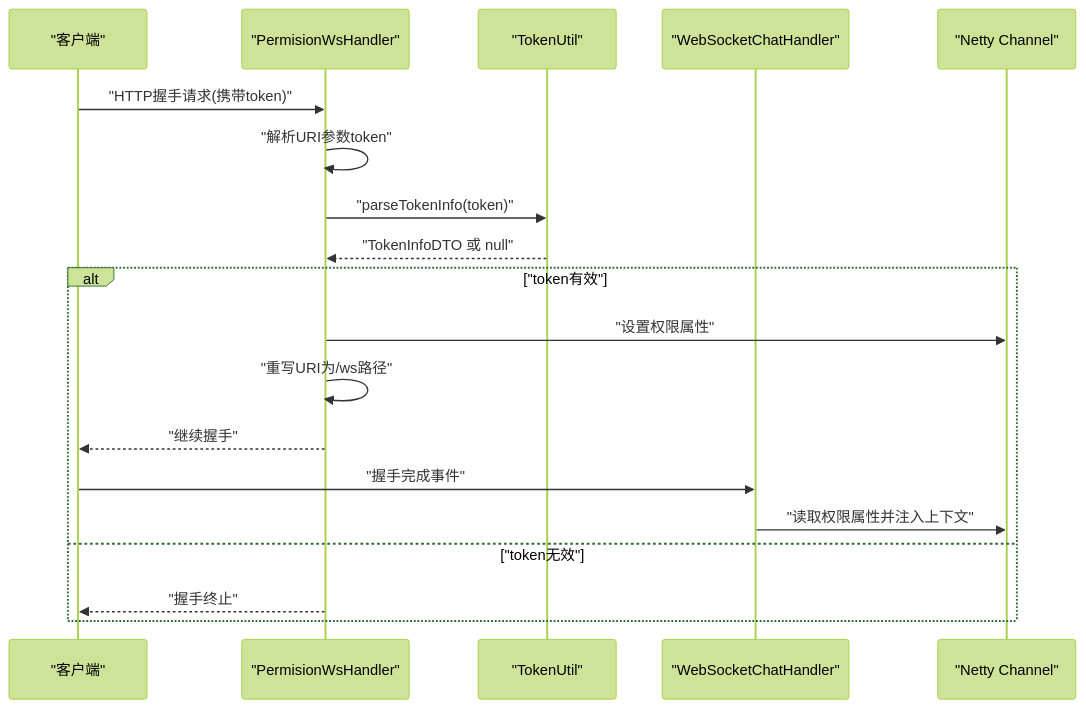
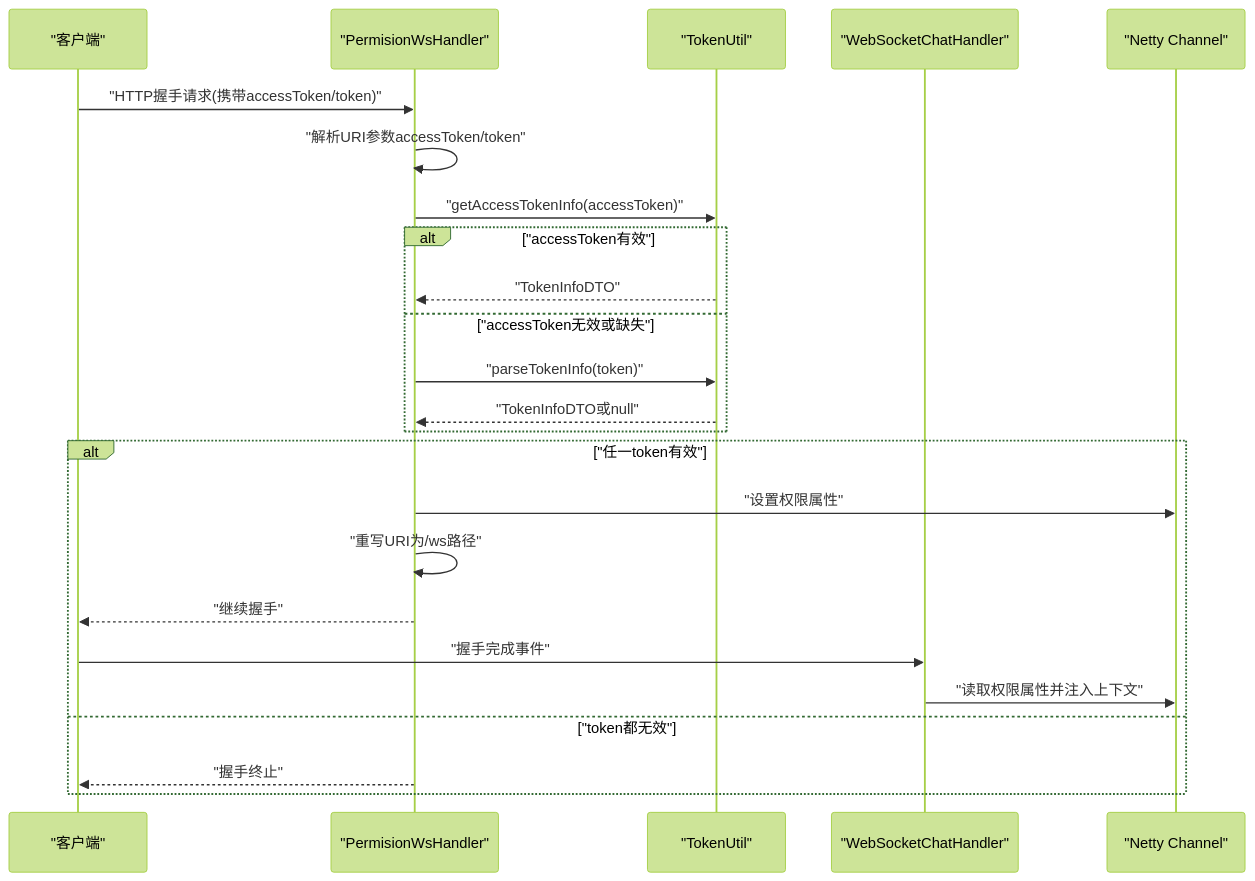
One commit to liftp/chat_simple changed the eighth of 9 diagrams in .qoder/repowiki/zh/content/安全与认证/权限拦截器.md. Above: the diagram before and after it, drawn with Mermaid (forest theme). The commit also changed other lines of this file and 6 other files, not shown here.

````diff
--- a/.qoder/repowiki/zh/content/安全与认证/权限拦截器.md
+++ b/.qoder/repowiki/zh/content/安全与认证/权限拦截器.md
@@ -340,21 +412,26 @@
 ```mermaid
 sequenceDiagram
 participant Client as "客户端"
 participant WS as "PermisionWsHandler"
 participant TU as "TokenUtil"
 participant WSC as "WebSocketChatHandler"
 participant CH as "Netty Channel"
-Client->>WS : "HTTP握手请求(携带token)"
-WS->>WS : "解析URI参数token"
+Client->>WS : "HTTP握手请求(携带accessToken/token)"
+WS->>WS : "解析URI参数accessToken/token"
+WS->>TU : "getAccessTokenInfo(accessToken)"
+alt "accessToken有效"
+TU-->>WS : "TokenInfoDTO"
+else "accessToken无效或缺失"
 WS->>TU : "parseTokenInfo(token)"
-TU-->>WS : "TokenInfoDTO 或 null"
-alt "token有效"
+TU-->>WS : "TokenInfoDTO或null"
+end
+alt "任一token有效"
 WS->>CH : "设置权限属性"
 WS->>WS : "重写URI为/ws路径"
 WS-->>Client : "继续握手"
 Client->>WSC : "握手完成事件"
 WSC->>CH : "读取权限属性并注入上下文"
-else "token无效"
+else "token都无效"
 WS-->>Client : "握手终止"
 end
 ```
````
